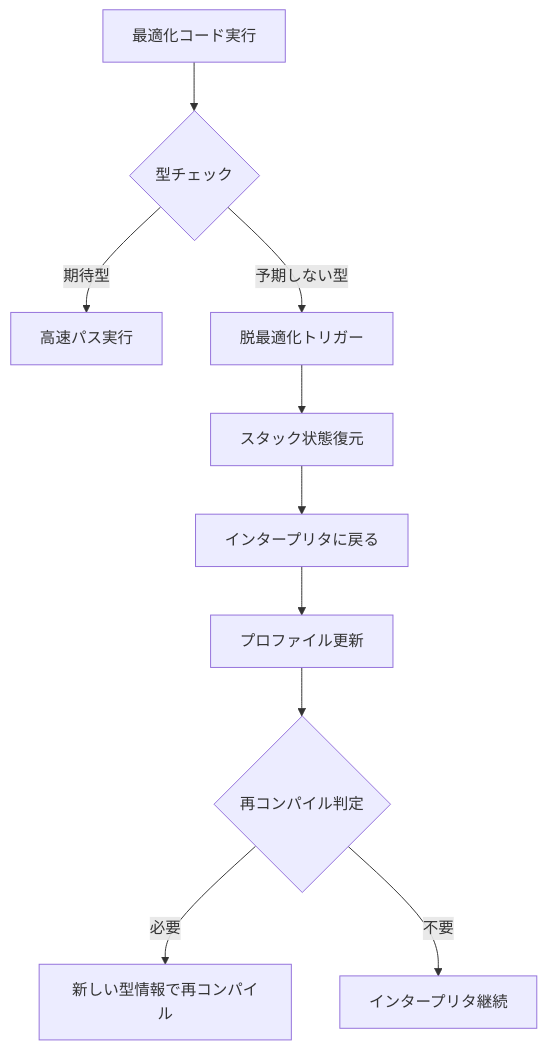
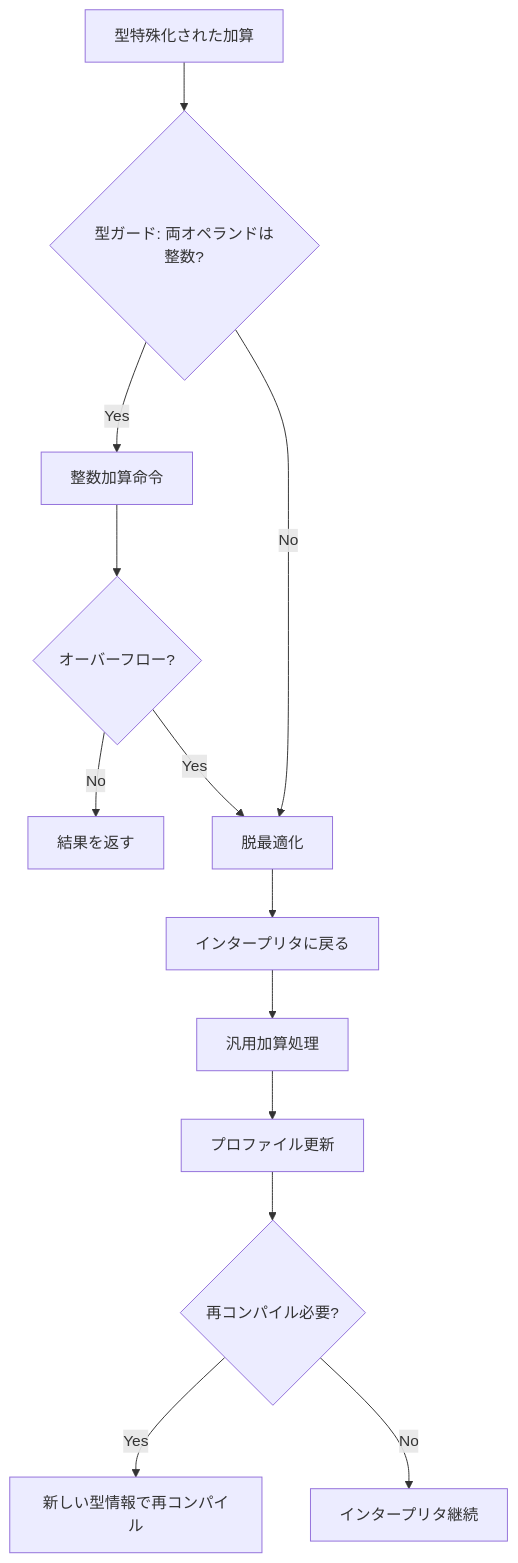
Before and after one commit to gtnao/viblog: the third of 8 diagrams in articles/compiler/jit_compilation.md, drawn with Mermaid. The commit also changed other lines of this file and 3 other files, not shown here.

````diff
--- a/articles/compiler/jit_compilation.md
+++ b/articles/compiler/jit_compilation.md
@@ -66,12 +93,15 @@
 ```mermaid
 graph TD
-    A[最適化コード実行] --> B{型チェック}
-    B -->|期待型| C[高速パス実行]
-    B -->|予期しない型| D[脱最適化トリガー]
-    D --> E[スタック状態復元]
-    E --> F[インタープリタに戻る]
-    F --> G[プロファイル更新]
-    G --> H{再コンパイル判定}
-    H -->|必要| I[新しい型情報で再コンパイル]
-    H -->|不要| J[インタープリタ継続]
+    A[型特殊化された加算] --> B{型ガード: 両オペランドは整数?}
+    B -->|Yes| C[整数加算命令]
+    C --> D{オーバーフロー?}
+    D -->|No| E[結果を返す]
+    D -->|Yes| F[脱最適化]
+    B -->|No| F
+    F --> G[インタープリタに戻る]
+    G --> H[汎用加算処理]
+    H --> I[プロファイル更新]
+    I --> J{再コンパイル必要?}
+    J -->|Yes| K[新しい型情報で再コンパイル]
+    J -->|No| L[インタープリタ継続]
 ```
````
